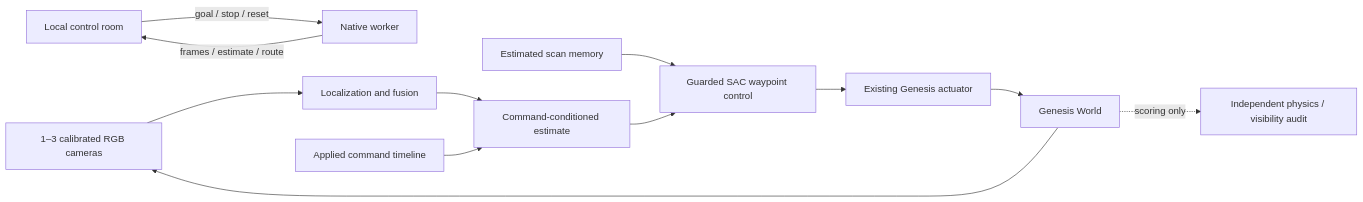
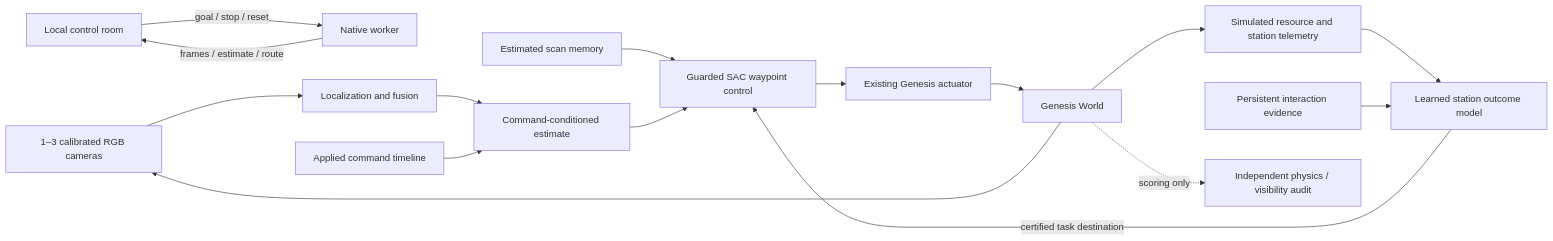
The diagram in README.md (Nitish05/BB8-RL), drawn with Mermaid before and after one commit. The commit also changed other lines of this file and 23 other files, not shown here.

Commit message:
Learn useful station outcomes with persistent memory and explicit idle

````diff
--- a/README.md
+++ b/README.md
@@ -212,14 +224,18 @@
 ```mermaid
 flowchart LR
     UI[Local control room] -->|goal / stop / reset| Worker[Native worker]
     RGB[1–3 calibrated RGB cameras] --> Fusion[Localization and fusion]
     Scan[Estimated scan memory] --> Guard[Guarded SAC waypoint control]
     Fusion --> Belief[Command-conditioned estimate]
     Ack[Applied command timeline] --> Belief
     Belief --> Guard
     Guard --> Adapter[Existing Genesis actuator]
     Adapter --> World[Genesis World]
     World --> RGB
+    World --> Sensors[Simulated resource and station telemetry]
+    Sensors --> Choice[Learned station outcome model]
+    Experience[Persistent interaction evidence] --> Choice
+    Choice -->|certified task destination| Guard
     World -. scoring only .-> Audit[Independent physics / visibility audit]
     Worker -->|frames / estimate / route| UI
 ```
````
